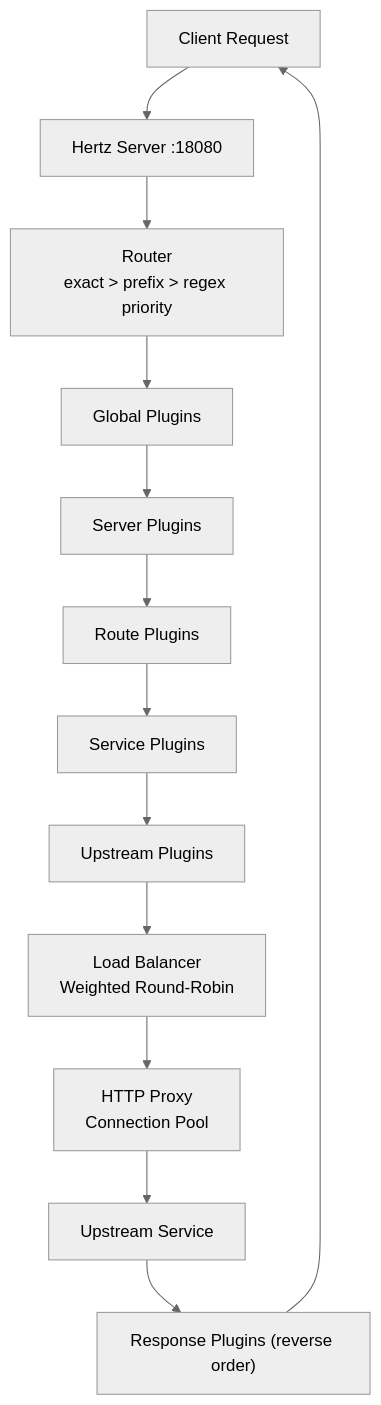
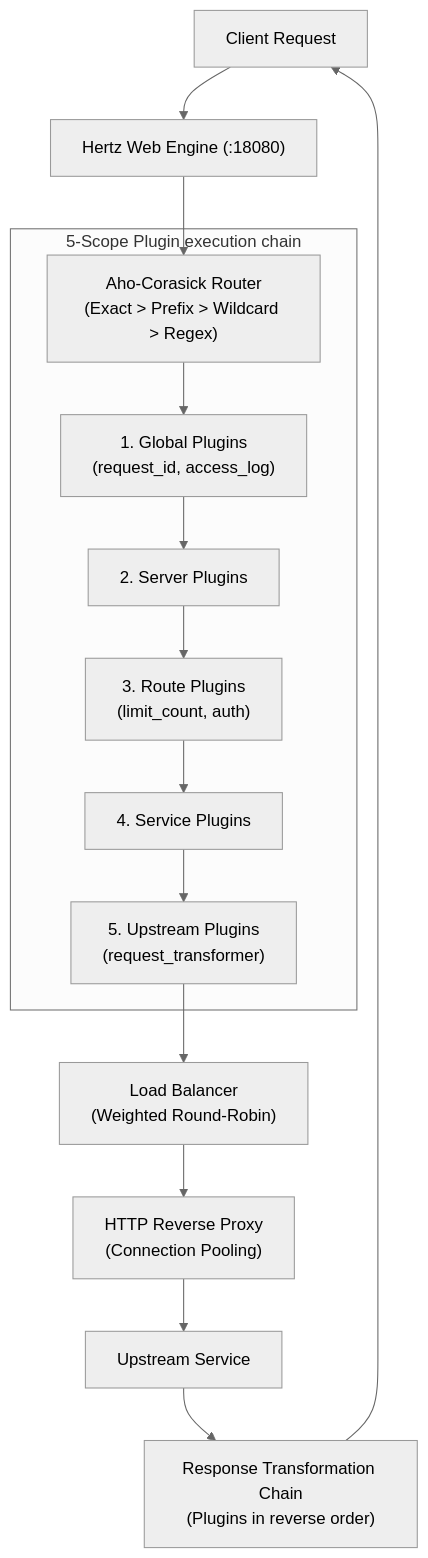
Before and after one commit to joeyyangcq-sys/lumen-gateway: the first of 2 diagrams in README.md, drawn with Mermaid (neutral theme). The commit also changed other lines of this file and 9 other files, not shown here.

Commit message:
docs: clean up legacy images and redraw request pipeline & hot reload flowcharts

````diff
--- a/README.md
+++ b/README.md
@@ -75,18 +85,20 @@
 ```mermaid
-graph TB
-    Client["Client Request"] --> Hertz["Hertz Server :18080"]
-    Hertz --> Router["Router\nexact > prefix > regex priority"]
-
-    Router --> GP["Global Plugins"]
-    GP --> SP["Server Plugins"]
-    SP --> RP["Route Plugins"]
-    RP --> SvP["Service Plugins"]
-    SvP --> UP["Upstream Plugins"]
-
-    UP --> Balancer["Load Balancer\nWeighted Round-Robin"]
-    Balancer --> Proxy["HTTP Proxy\nConnection Pool"]
+graph TD
+    Client["Client Request"] --> Hertz["Hertz Web Engine (:18080)"]
+    Hertz --> Router["Aho-Corasick Router<br/>(Exact > Prefix > Wildcard > Regex)"]
+    
+    subgraph ExecutionChain ["5-Scope Plugin execution chain"]
+        Router --> GP["1. Global Plugins<br/>(request_id, access_log)"]
+        GP --> SP["2. Server Plugins"]
+        SP --> RP["3. Route Plugins<br/>(limit_count, auth)"]
+        RP --> SvP["4. Service Plugins"]
+        SvP --> UP["5. Upstream Plugins<br/>(request_transformer)"]
+    end
+    
+    UP --> Balancer["Load Balancer<br/>(Weighted Round-Robin)"]
+    Balancer --> Proxy["HTTP Reverse Proxy<br/>(Connection Pooling)"]
     Proxy --> Backend["Upstream Service"]
-
-    Backend --> RespPlugins["Response Plugins (reverse order)"]
-    RespPlugins --> Client
+    
+    Backend --> RespChain["Response Transformation Chain<br/>(Plugins in reverse order)"]
+    RespChain --> Client
 ```
````
